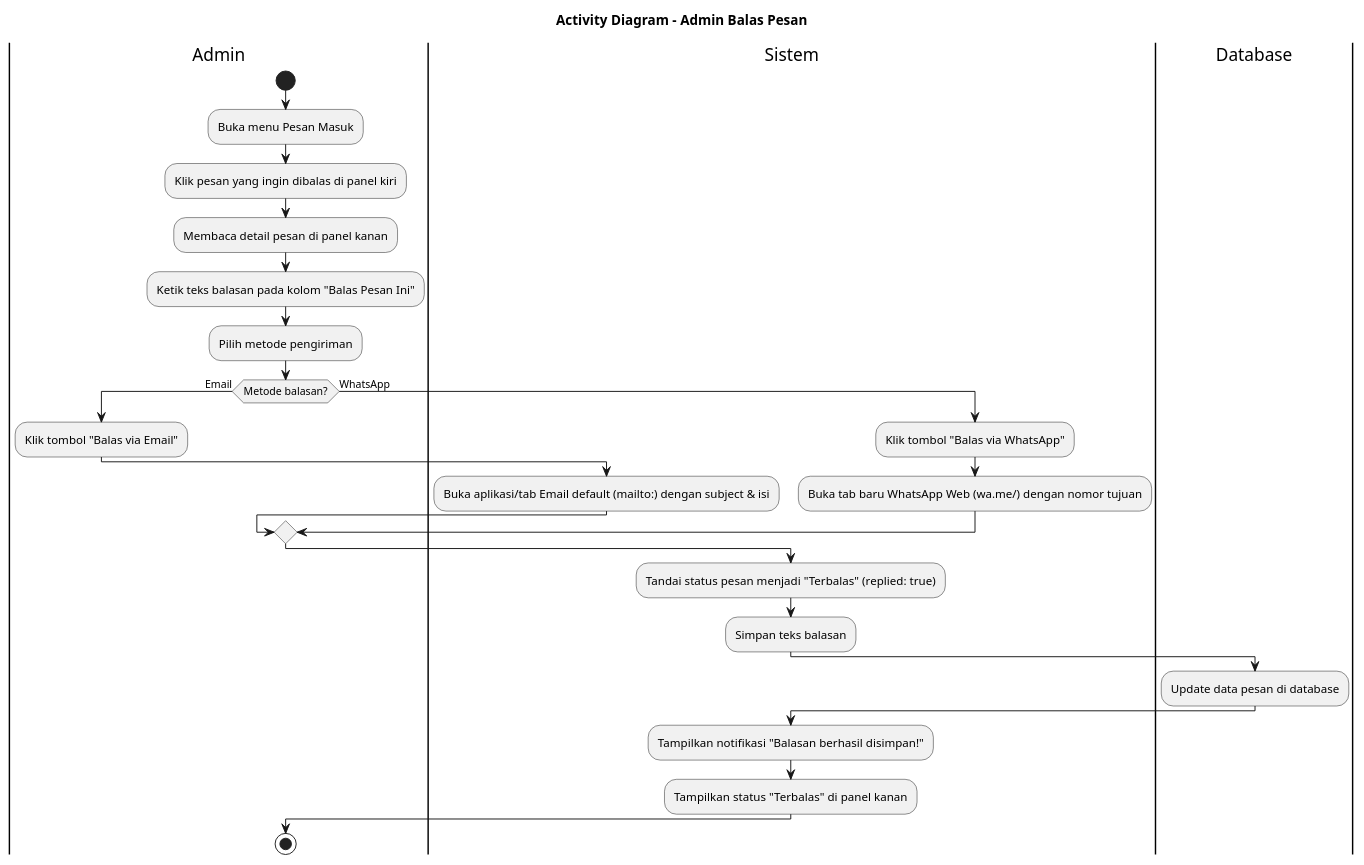
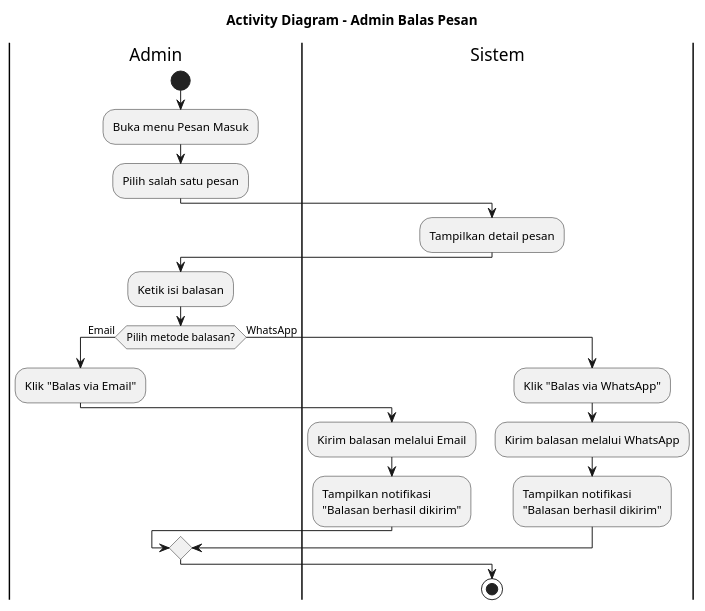
Before and after one commit to jaddu17/capstonepmikp: the diagram in diagram/activitydiagram_admin_balas_pesan.puml, drawn with PlantUML. The commit also changed 23 other files, not shown here.

Commit message:
revisi diagram

```diff
--- a/diagram/activitydiagram_admin_balas_pesan.puml
+++ b/diagram/activitydiagram_admin_balas_pesan.puml
@@ -1,38 +1,37 @@
 @startuml ACTIVITY_DIAGRAM_ADMIN_BALAS_PESAN
 title Activity Diagram - Admin Balas Pesan
 
 |Admin|
 start
 :Buka menu Pesan Masuk;
-:Klik pesan yang ingin dibalas di panel kiri;
-:Membaca detail pesan di panel kanan;
+:Pilih salah satu pesan;
+
+|Sistem|
+:Tampilkan detail pesan;
 
 |Admin|
-:Ketik teks balasan pada kolom "Balas Pesan Ini";
-:Pilih metode pengiriman;
+:Ketik isi balasan;
 
-if (Metode balasan?) then (Email)
-  :Klik tombol "Balas via Email";
-  |Sistem|
-  :Buka aplikasi/tab Email default (mailto:) dengan subject & isi;
+if (Pilih metode balasan?) then (Email)
+
+    :Klik "Balas via Email";
+
+    |Sistem|
+    :Kirim balasan melalui Email;
+    :Tampilkan notifikasi
+    "Balasan berhasil dikirim";
+
 else (WhatsApp)
-  :Klik tombol "Balas via WhatsApp";
-  |Sistem|
-  :Buka tab baru WhatsApp Web (wa.me/) dengan nomor tujuan;
+
+    :Klik "Balas via WhatsApp";
+
+    |Sistem|
+    :Kirim balasan melalui WhatsApp;
+    :Tampilkan notifikasi
+    "Balasan berhasil dikirim";
+
 endif
 
-|Sistem|
-:Tandai status pesan menjadi "Terbalas" (replied: true);
-:Simpan teks balasan;
 
-|Database|
-:Update data pesan di database;
-
-|Sistem|
-:Tampilkan notifikasi "Balasan berhasil disimpan!";
-:Tampilkan status "Terbalas" di panel kanan;
-
-|Admin|
 stop
-
 @enduml
```
